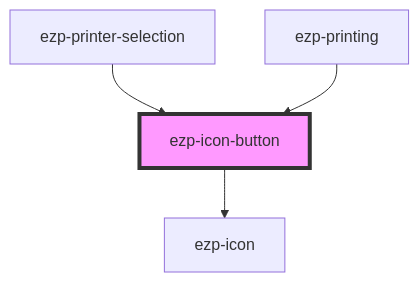
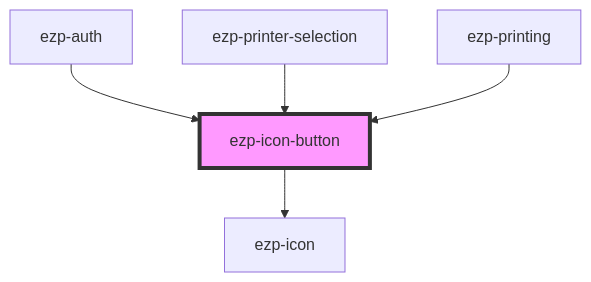
The diagram in src/components/ezp-icon-button/readme.md (ezeep/ezeep-js), drawn with Mermaid before and after one commit. The commit also changed other lines of this file and 17 other files, not shown here.

````diff
--- a/src/components/ezp-icon-button/readme.md
+++ b/src/components/ezp-icon-button/readme.md
@@ -43,7 +44,8 @@
 ```mermaid
 graph TD;
   ezp-icon-button --> ezp-icon
+  ezp-auth --> ezp-icon-button
   ezp-printer-selection --> ezp-icon-button
   ezp-printing --> ezp-icon-button
   style ezp-icon-button fill:#f9f,stroke:#333,stroke-width:4px
 ```
````
